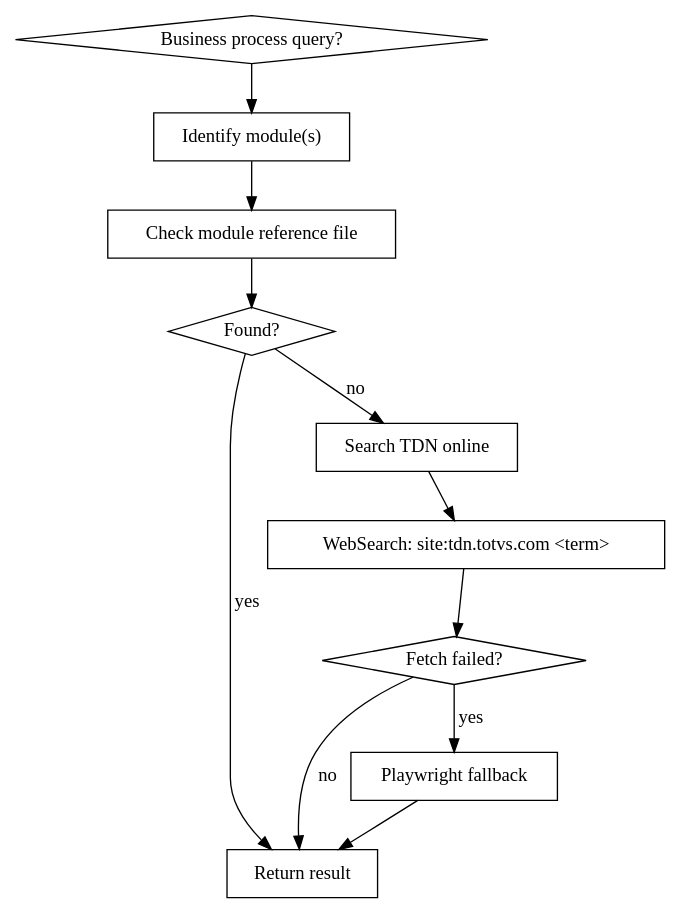
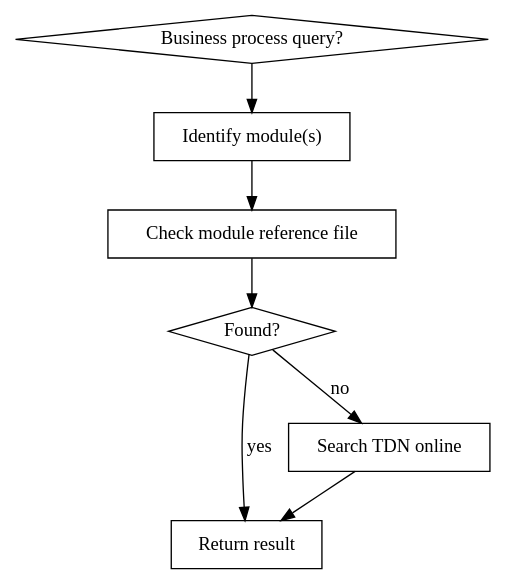
One commit to vitor-gabriel/advpl-specialist changed the diagram in skills/protheus-business/reference.md. Above: the diagram before and after it, drawn with Graphviz. The commit also changed other lines of this file and 113 other files, not shown here.

Commit message:
Remove outdated documentation files and hooks, streamline code generation references, and update search strategies for TDN documentation.

````diff
--- a/skills/protheus-business/reference.md
+++ b/skills/protheus-business/reference.md
@@ -30,24 +30,17 @@
 ```dot
 digraph lookup {
     "Business process query?" [shape=diamond];
     "Identify module(s)" [shape=box];
     "Check module reference file" [shape=box];
     "Found?" [shape=diamond];
     "Return result" [shape=box];
     "Search TDN online" [shape=box];
-    "WebSearch: site:tdn.totvs.com <term>" [shape=box];
-    "Fetch failed?" [shape=diamond];
-    "Playwright fallback" [shape=box];
 
     "Business process query?" -> "Identify module(s)";
     "Identify module(s)" -> "Check module reference file";
     "Check module reference file" -> "Found?";
     "Found?" -> "Return result" [label="yes"];
     "Found?" -> "Search TDN online" [label="no"];
-    "Search TDN online" -> "WebSearch: site:tdn.totvs.com <term>";
-    "WebSearch: site:tdn.totvs.com <term>" -> "Fetch failed?";
-    "Fetch failed?" -> "Return result" [label="no"];
-    "Fetch failed?" -> "Playwright fallback" [label="yes"];
-    "Playwright fallback" -> "Return result";
+    "Search TDN online" -> "Return result";
 }
 ```
````
